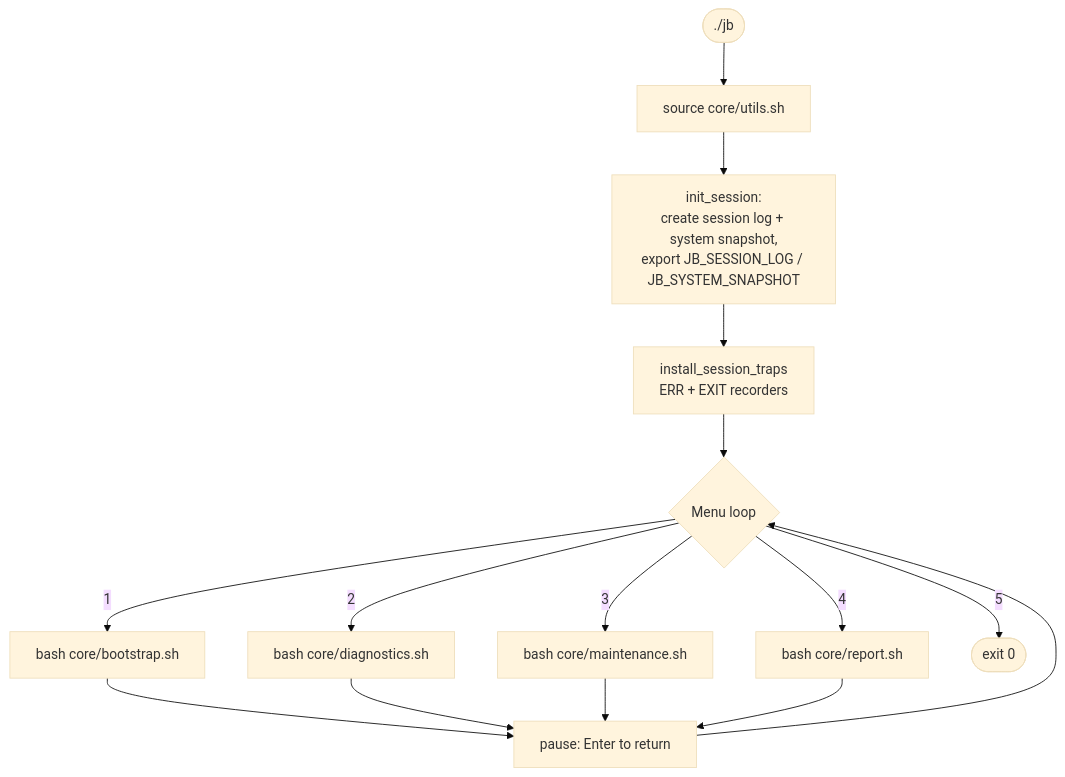
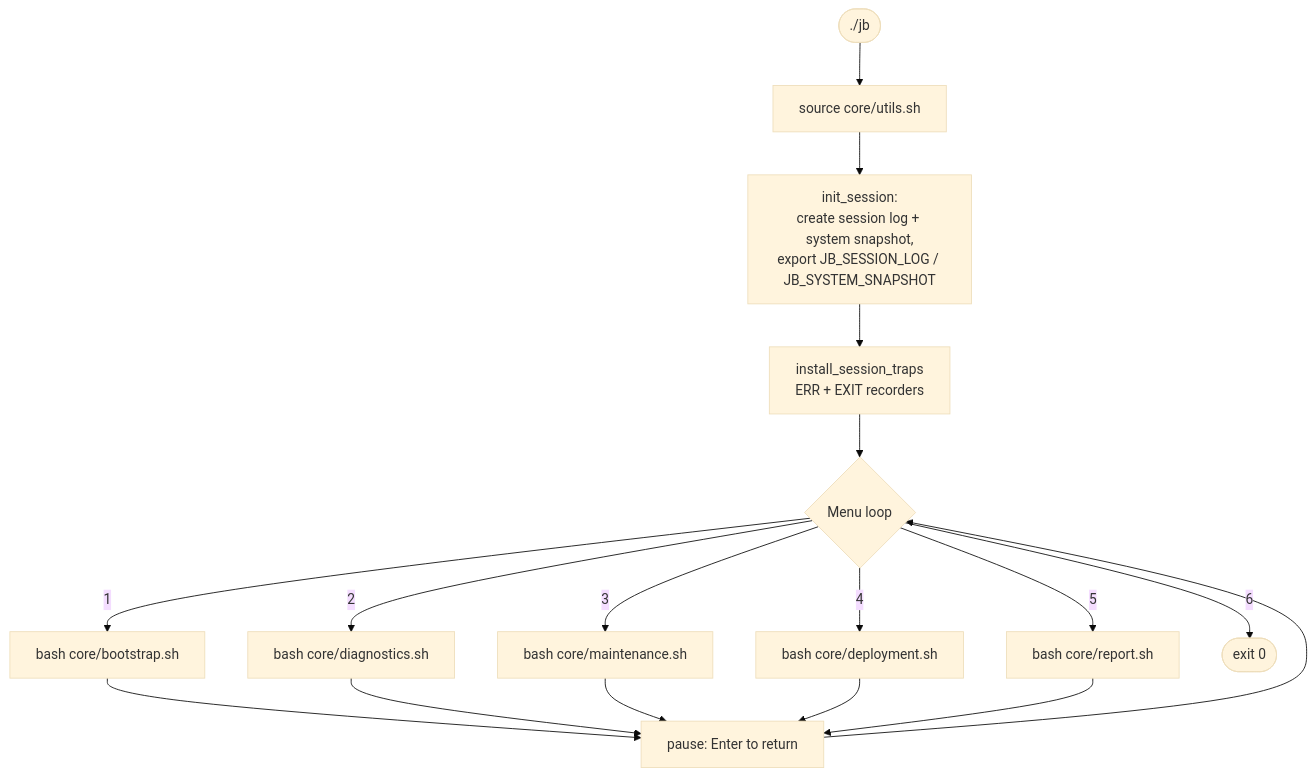
The first of 4 diagrams in docs/Execution-Flow.md (JorgeSucre/jb-ToolKit), drawn with Mermaid (base theme) before and after one commit. The commit also changed other lines of this file and 13 other files, not shown here.

````diff
--- a/docs/Execution-Flow.md
+++ b/docs/Execution-Flow.md
@@ -5,17 +5,19 @@
 ```mermaid
 flowchart TD
     START([./jb]) --> SRC[source core/utils.sh]
     SRC --> SESS[init_session:<br/>create session log + system snapshot,<br/>export JB_SESSION_LOG / JB_SYSTEM_SNAPSHOT]
     SESS --> TRAPS[install_session_traps<br/>ERR + EXIT recorders]
     TRAPS --> MENU{Menu loop}
     MENU -->|1| B[bash core/bootstrap.sh]
     MENU -->|2| D[bash core/diagnostics.sh]
     MENU -->|3| M[bash core/maintenance.sh]
-    MENU -->|4| R[bash core/report.sh]
-    MENU -->|5| EXIT([exit 0])
+    MENU -->|4| DEP[bash core/deployment.sh]
+    MENU -->|5| R[bash core/report.sh]
+    MENU -->|6| EXIT([exit 0])
     B --> PAUSE[pause: Enter to return]
     D --> PAUSE
     M --> PAUSE
+    DEP --> PAUSE
     R --> PAUSE
     PAUSE --> MENU
 ```
````
